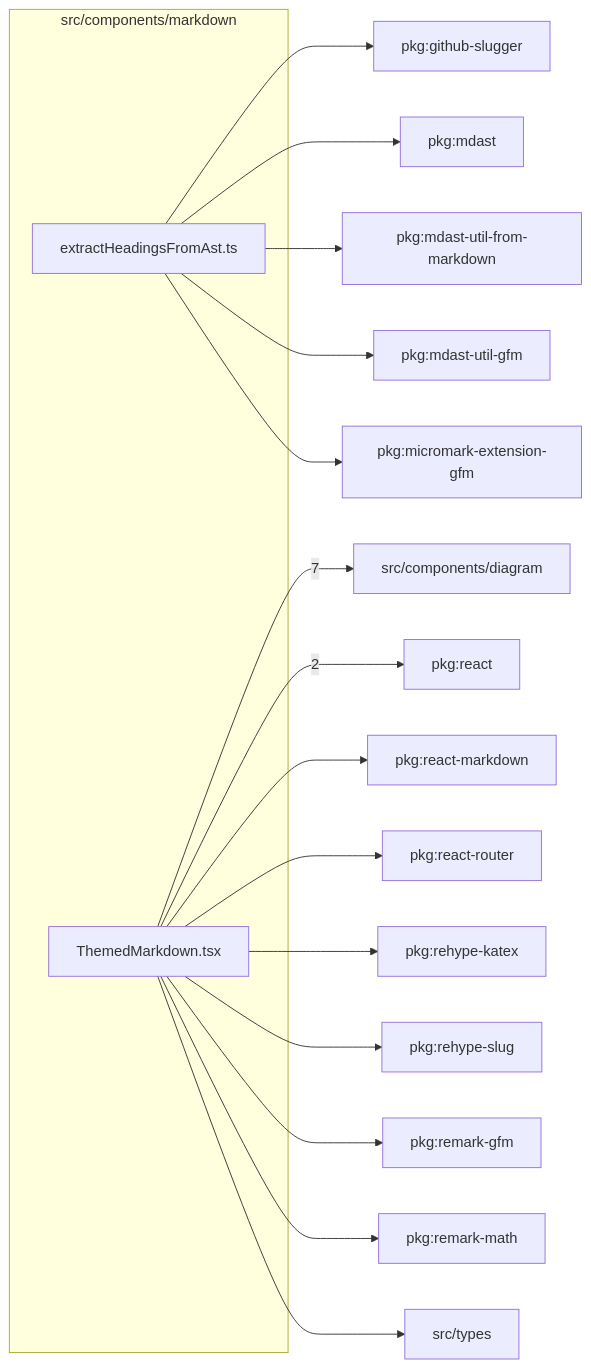
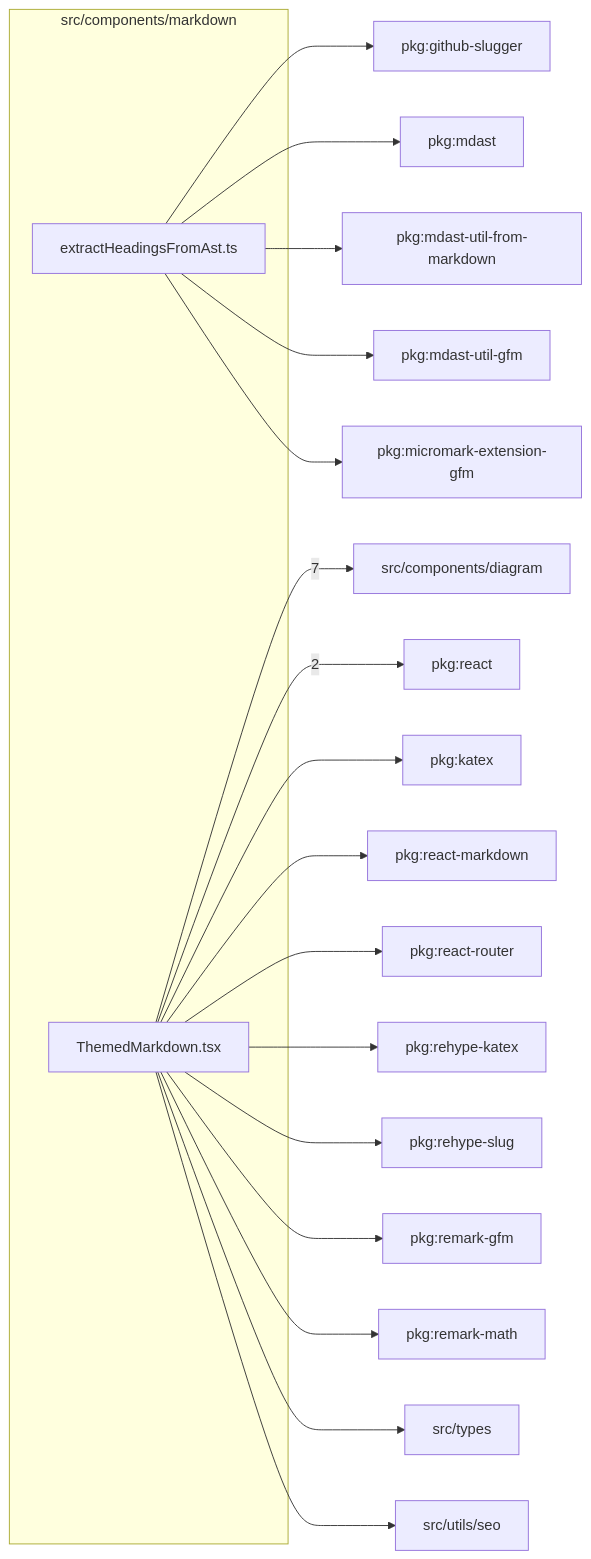
The diagram in src/components/markdown/readme.md (ronbuening/LensVisualizer), drawn with Mermaid before and after one commit. The commit also changed other lines of this file and 38 other files, not shown here.

````diff
--- a/src/components/markdown/readme.md
+++ b/src/components/markdown/readme.md
@@ -9,35 +9,39 @@
 ```mermaid
 flowchart LR
   subgraph n_src_components_markdown["src/components/markdown"]
     n_src_components_markdown_src_components_markdown_extractHeadingsFromAst_ts["extractHeadingsFromAst.ts"]
     n_src_components_markdown_src_components_markdown_ThemedMarkdown_tsx["ThemedMarkdown.tsx"]
   end
   n_external_src_components_diagram["src/components/diagram"]
   n_external_pkg_react["pkg:react"]
   n_external_pkg_github_slugger["pkg:github-slugger"]
+  n_external_pkg_katex["pkg:katex"]
   n_external_pkg_mdast["pkg:mdast"]
   n_external_pkg_mdast_util_from_markdown["pkg:mdast-util-from-markdown"]
   n_external_pkg_mdast_util_gfm["pkg:mdast-util-gfm"]
   n_external_pkg_micromark_extension_gfm["pkg:micromark-extension-gfm"]
   n_external_pkg_react_markdown["pkg:react-markdown"]
   n_external_pkg_react_router["pkg:react-router"]
   n_external_pkg_rehype_katex["pkg:rehype-katex"]
   n_external_pkg_rehype_slug["pkg:rehype-slug"]
   n_external_pkg_remark_gfm["pkg:remark-gfm"]
   n_external_pkg_remark_math["pkg:remark-math"]
   n_external_src_types["src/types"]
+  n_external_src_utils_seo["src/utils/seo"]
   n_src_components_markdown_src_components_markdown_ThemedMarkdown_tsx --> |7| n_external_src_components_diagram
   n_src_components_markdown_src_components_markdown_ThemedMarkdown_tsx --> |2| n_external_pkg_react
   n_src_components_markdown_src_components_markdown_extractHeadingsFromAst_ts --> n_external_pkg_github_slugger
+  n_src_components_markdown_src_components_markdown_ThemedMarkdown_tsx --> n_external_pkg_katex
   n_src_components_markdown_src_components_markdown_extractHeadingsFromAst_ts --> n_external_pkg_mdast
   n_src_components_markdown_src_components_markdown_extractHeadingsFromAst_ts --> n_external_pkg_mdast_util_from_markdown
   n_src_components_markdown_src_components_markdown_extractHeadingsFromAst_ts --> n_external_pkg_mdast_util_gfm
   n_src_components_markdown_src_components_markdown_extractHeadingsFromAst_ts --> n_external_pkg_micromark_extension_gfm
   n_src_components_markdown_src_components_markdown_ThemedMarkdown_tsx --> n_external_pkg_react_markdown
   n_src_components_markdown_src_components_markdown_ThemedMarkdown_tsx --> n_external_pkg_react_router
   n_src_components_markdown_src_components_markdown_ThemedMarkdown_tsx --> n_external_pkg_rehype_katex
   n_src_components_markdown_src_components_markdown_ThemedMarkdown_tsx --> n_external_pkg_rehype_slug
   n_src_components_markdown_src_components_markdown_ThemedMarkdown_tsx --> n_external_pkg_remark_gfm
   n_src_components_markdown_src_components_markdown_ThemedMarkdown_tsx --> n_external_pkg_remark_math
   n_src_components_markdown_src_components_markdown_ThemedMarkdown_tsx --> n_external_src_types
+  n_src_components_markdown_src_components_markdown_ThemedMarkdown_tsx --> n_external_src_utils_seo
 ```
````
